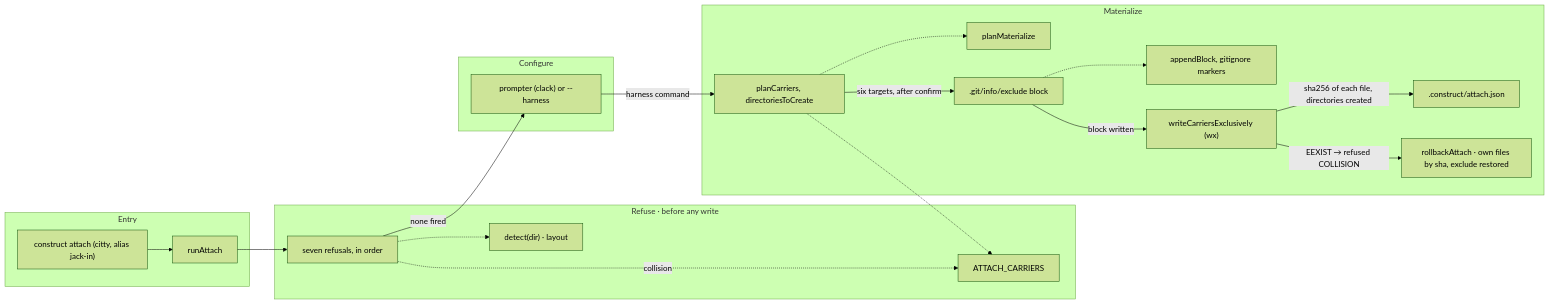
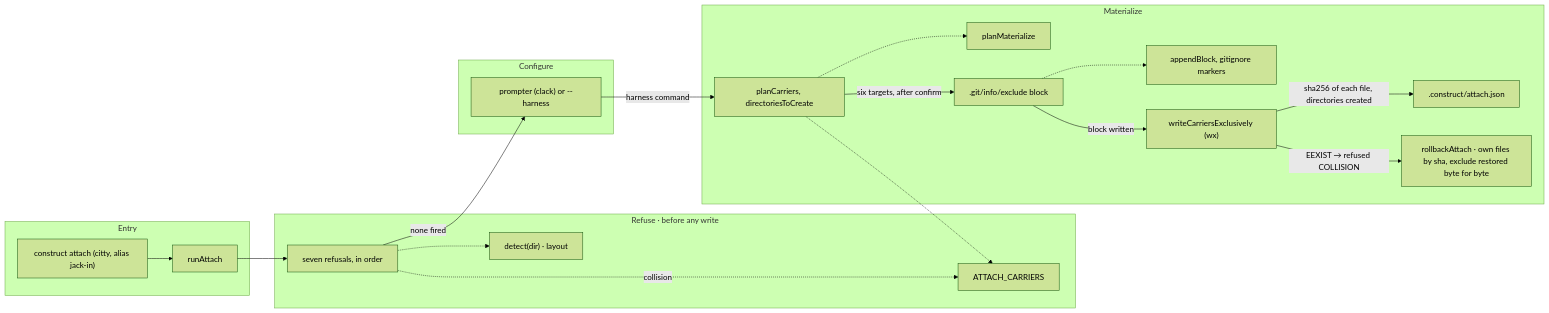
The diagram in architecture/attach.md (E1i/mikoshi-construct), drawn with Mermaid (forest theme) before and after one commit. The commit also changed 22 other files, not shown here.

````diff
--- a/architecture/attach.md
+++ b/architecture/attach.md
@@ -10,37 +10,37 @@
 ```mermaid
 flowchart LR
   subgraph b_entry["Entry"]
     cli["construct attach (citty, alias jack-in)"]
     run["runAttach"]
   end
   subgraph b_refuse["Refuse · before any write"]
     refusals["seven refusals, in order"]
     detect["detect(dir) · layout"]
     carrierset["ATTACH_CARRIERS"]
   end
   subgraph b_configure["Configure"]
     prompts["prompter (clack) or --harness"]
   end
   subgraph b_materialize["Materialize"]
     carriers["planCarriers, directoriesToCreate"]
     plan["planMaterialize"]
     exclude[".git/info/exclude block"]
     strategies["appendBlock, gitignore markers"]
     apply["writeCarriersExclusively (wx)"]
     record[".construct/attach.json"]
-    rollback["rollbackAttach · own files by sha, exclude restored"]
+    rollback["rollbackAttach · own files by sha, exclude restored byte for byte"]
   end
   cli --> run
   run --> refusals
   refusals -.-> detect
   refusals -.->|"collision"| carrierset
   refusals -->|"none fired"| prompts
   prompts -->|"harness command"| carriers
   carriers -.-> plan
   carriers -.-> carrierset
   carriers -->|"six targets, after confirm"| exclude
   exclude -.-> strategies
   exclude -->|"block written"| apply
   apply -->|"sha256 of each file, directories created"| record
   apply -->|"EEXIST → refused COLLISION"| rollback
 ```
````
